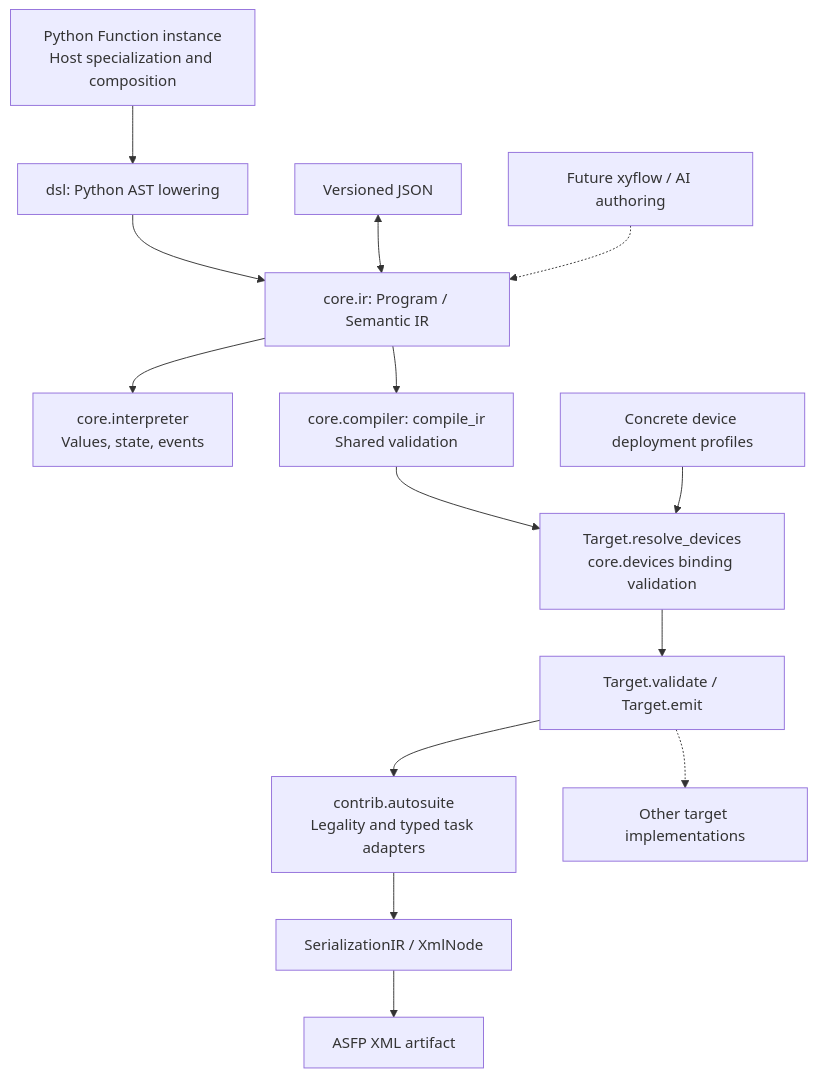
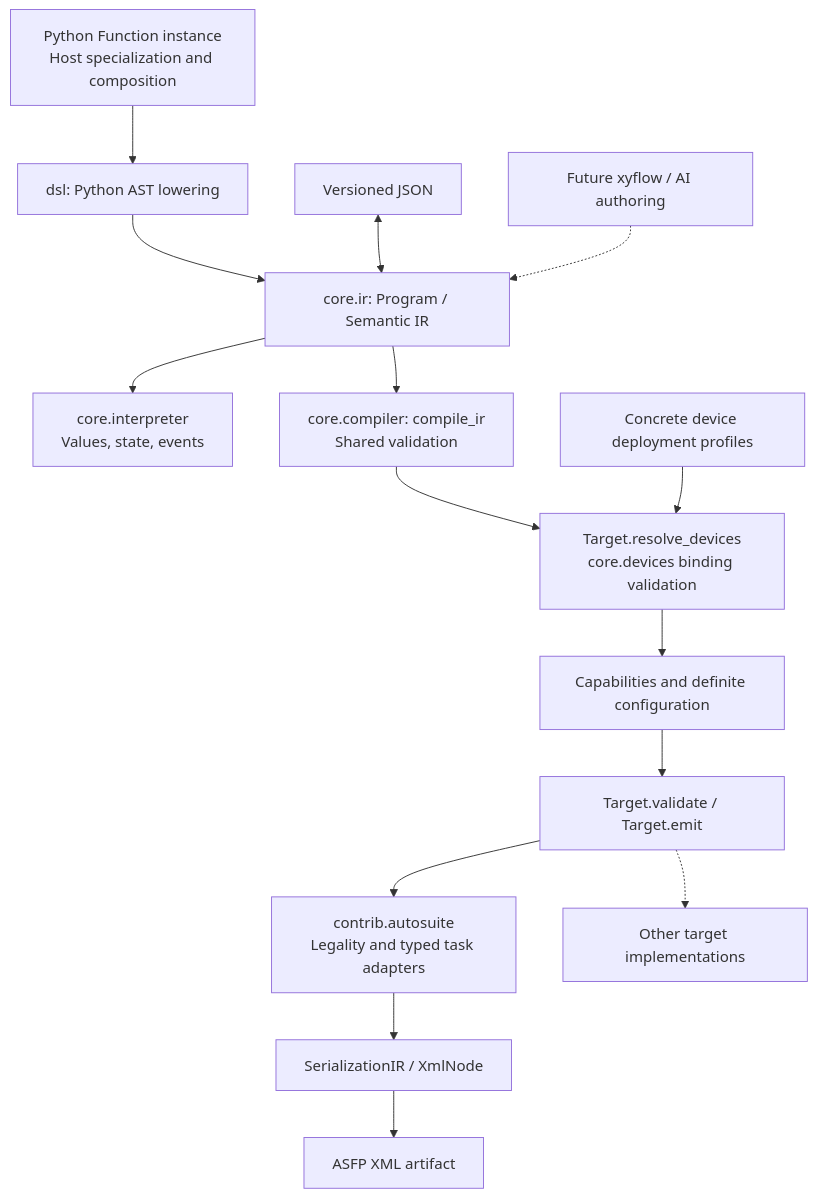
One commit to TsumiNa/sciloom changed the diagram in docs/02_COMPILER_ARCHITECTURE.md. Above: the diagram before and after it, drawn with Mermaid. The commit also changed other lines of this file and 67 other files, not shown here.

````diff
--- a/docs/02_COMPILER_ARCHITECTURE.md
+++ b/docs/02_COMPILER_ARCHITECTURE.md
@@ -21,16 +21,17 @@
 ```mermaid
 flowchart TB
     Python["Python Function instance<br/>Host specialization and composition"] --> Lower["dsl: Python AST lowering"]
     Lower --> IR["core.ir: Program / Semantic IR"]
     JSON["Versioned JSON"] <--> IR
     Author["Future xyflow / AI authoring"] -.-> IR
     IR --> Reference["core.interpreter<br/>Values, state, events"]
     IR --> Compile["core.compiler: compile_ir<br/>Shared validation"]
     Compile --> Resolve["Target.resolve_devices<br/>core.devices binding validation"]
-    Resolve --> Target["Target.validate / Target.emit"]
+    Resolve --> Configuration["Capabilities and definite configuration"]
+    Configuration --> Target["Target.validate / Target.emit"]
     Bind["Concrete device deployment profiles"] --> Resolve
     Target --> AutoSuite["contrib.autosuite<br/>Legality and typed task adapters"]
     Target -.-> Other["Other target implementations"]
     AutoSuite --> SIR["SerializationIR / XmlNode"]
     SIR --> XML["ASFP XML artifact"]
 ```
````
